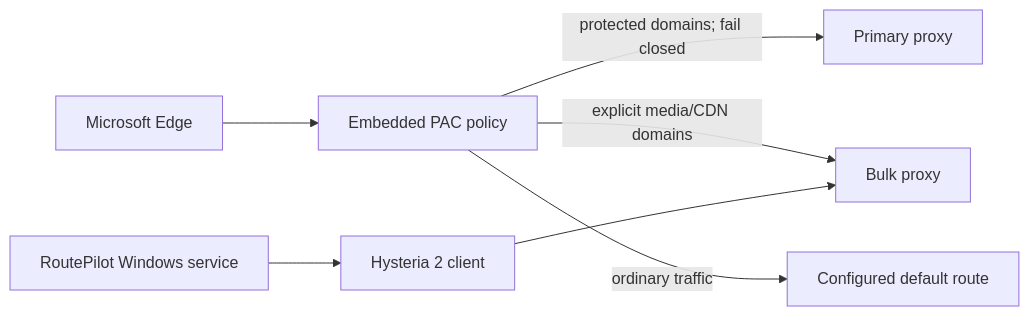
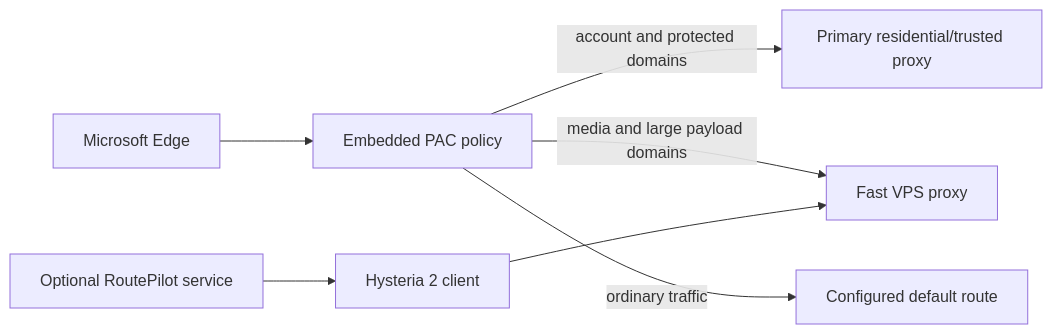
The diagram in README.md (wu6330077-sys/routepilot-windows), drawn with Mermaid before and after one commit. The commit also changed other lines of this file and 17 other files, not shown here.

````diff
--- a/README.md
+++ b/README.md
@@ -21,9 +99,9 @@
 ```mermaid
 flowchart LR
     E["Microsoft Edge"] --> P["Embedded PAC policy"]
-    P -->|"protected domains; fail closed"| A["Primary proxy"]
-    P -->|"explicit media/CDN domains"| B["Bulk proxy"]
+    P -->|"account and protected domains"| A["Primary residential/trusted proxy"]
+    P -->|"media and large payload domains"| B["Fast VPS proxy"]
     P -->|"ordinary traffic"| D["Configured default route"]
-    S["RoutePilot Windows service"] --> H["Hysteria 2 client"]
+    S["Optional RoutePilot service"] --> H["Hysteria 2 client"]
     H --> B
 ```
````
